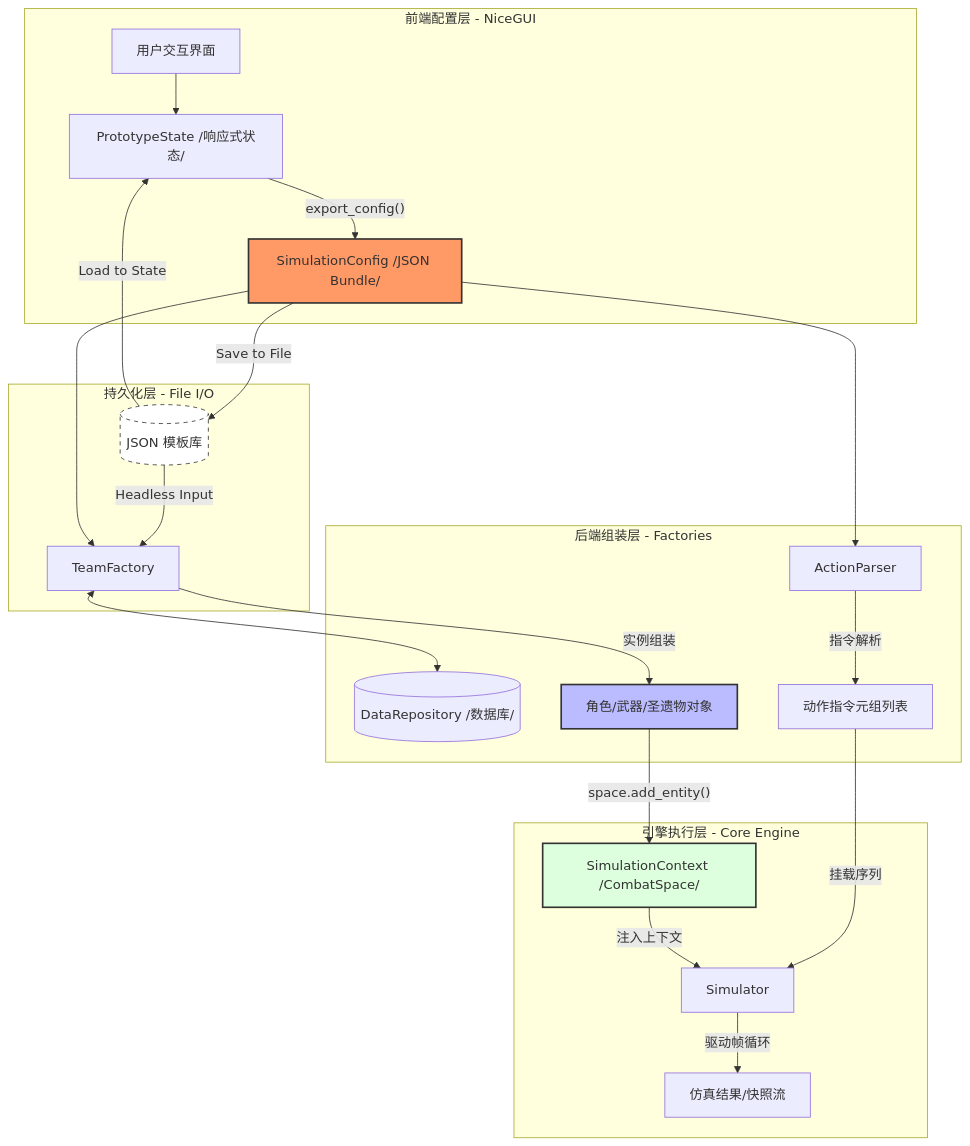
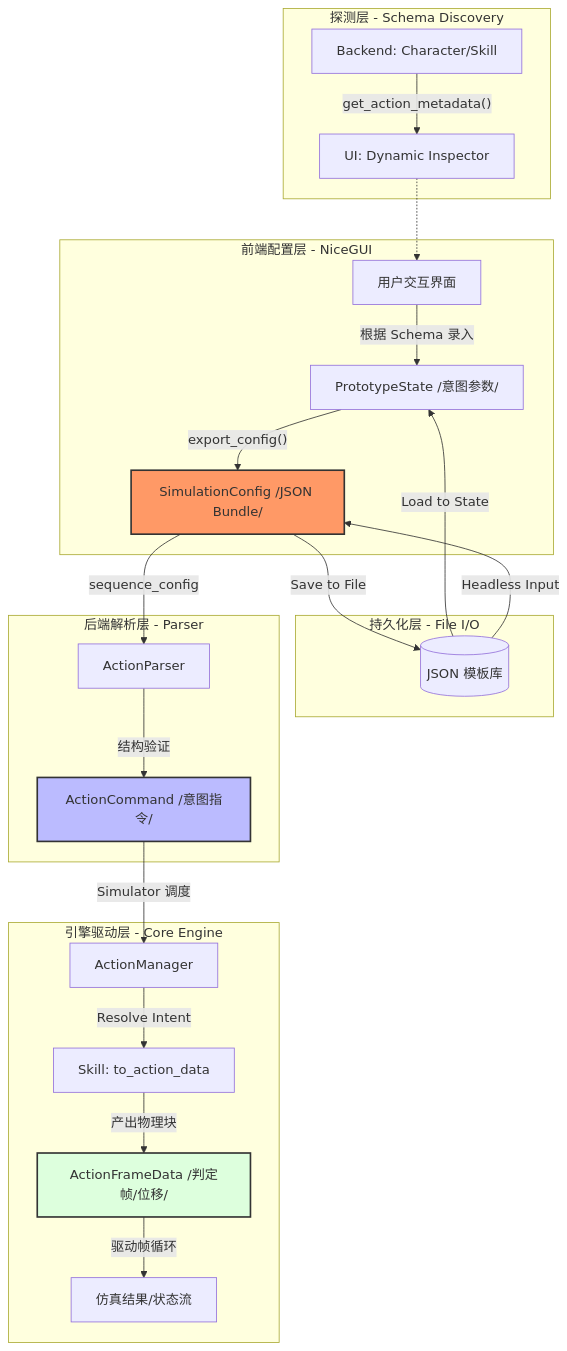
The diagram in docs/数据传输架构.md (MCZME/Genshin-Damage-calculation), drawn with Mermaid before and after one commit. The commit also changed other lines of this file and 2 other files, not shown here.

Commit message:
docs: 更新V2.3意图驱动架构相关文档，确立元数据发现机制与ActionCommand协议 #35

````diff
--- a/docs/数据传输架构.md
+++ b/docs/数据传输架构.md
@@ -17,34 +18,34 @@
 ```mermaid
 graph TD
+    subgraph Discovery [探测层 - Schema Discovery]
+        D1[Backend: Character/Skill] -- "get_action_metadata()" --> D2[UI: Dynamic Inspector]
+    end
+
     subgraph Frontend [前端配置层 - NiceGUI]
-        A[用户交互界面] --> B[PrototypeState /响应式状态/]
+        A[用户交互界面] -- "根据 Schema 录入" --> B[PrototypeState /意图参数/]
         B -- "export_config()" --> C[SimulationConfig /JSON Bundle/]
     end
 
     subgraph Storage [持久化层 - File I/O]
         C -- "Save to File" --> S[(JSON 模板库)]
         S -- "Load to State" --> B
-        S -- "Headless Input" --> D
+        S -- "Headless Input" --> C
     end
 
-    subgraph Assembly [后端组装层 - Factories]
-        C --> D[TeamFactory]
-        C --> E[ActionParser]
-        D <--> F[(DataRepository /数据库/)]
-        
-        D -- "实例组装" --> G[角色/武器/圣遗物对象]
-        E -- "指令解析" --> H[动作指令元组列表]
+    subgraph Assembly [后端解析层 - Parser]
+        C -- "sequence_config" --> E[ActionParser]
+        E -- "结构验证" --> H[ActionCommand /意图指令/]
     end
 
-    subgraph Core [引擎执行层 - Core Engine]
-        G -- "space.add_entity()" --> I[SimulationContext /CombatSpace/]
-        H -- "挂载序列" --> J[Simulator]
-        I -- "注入上下文" --> J
-        J -- "驱动帧循环" --> K[仿真结果/快照流]
+    subgraph Core [引擎驱动层 - Core Engine]
+        H -- "Simulator 调度" --> I[ActionManager]
+        I -- "Resolve Intent" --> J[Skill: to_action_data]
+        J -- "产出物理块" --> K[ActionFrameData /判定帧/位移/]
+        K -- "驱动帧循环" --> L[仿真结果/状态流]
     end
 
-    style S fill:#fff,stroke:#333,stroke-dasharray: 5 5
+    D2 -.-> A
     style C fill:#f96,stroke:#333,stroke-width:2px
-    style G fill:#bbf,stroke:#333,stroke-width:2px
-    style I fill:#dfd,stroke:#333,stroke-width:2px
+    style H fill:#bbf,stroke:#333,stroke-width:2px
+    style K fill:#dfd,stroke:#333,stroke-width:2px
 ```
````
